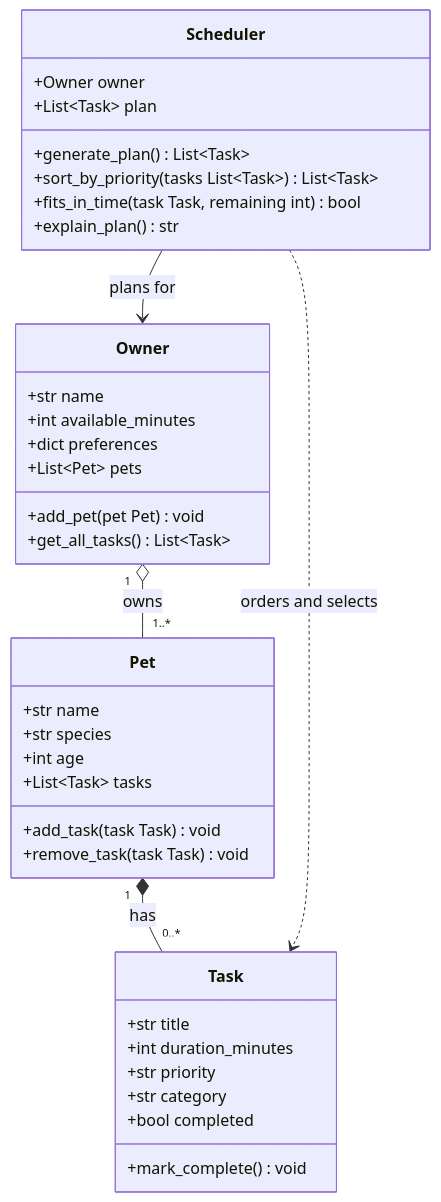
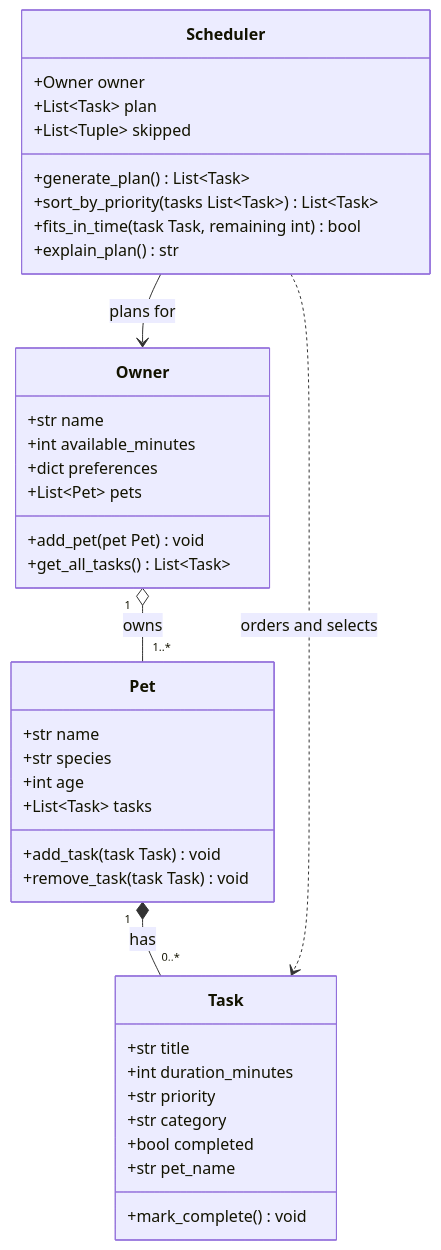
Before and after one commit to ThePurpleClub/ai110-module2show-pawpal-starter: the diagram in diagrams/uml.mmd, drawn with Mermaid. The commit also changed 1 other file, not shown here.

Commit message:
Refine skeleton: priority ranking, task-to-pet link, skipped tasks
- Add PRIORITY_RANK so sorting isn't alphabetical
- Add Task.pet_name so plans know which pet a task is for
- Track skipped tasks with reasons on Scheduler
- Validate duration and priority in Task.__post_init__
- Update UML to match

```diff
--- a/diagrams/uml.mmd
+++ b/diagrams/uml.mmd
@@ -1,41 +1,43 @@
 classDiagram
     class Owner {
         +str name
         +int available_minutes
         +dict preferences
         +List~Pet~ pets
         +add_pet(pet Pet) void
         +get_all_tasks() List~Task~
     }
 
     class Pet {
         +str name
         +str species
         +int age
         +List~Task~ tasks
         +add_task(task Task) void
         +remove_task(task Task) void
     }
 
     class Task {
         +str title
         +int duration_minutes
         +str priority
         +str category
         +bool completed
+        +str pet_name
         +mark_complete() void
     }
 
     class Scheduler {
         +Owner owner
         +List~Task~ plan
+        +List~Tuple~ skipped
         +generate_plan() List~Task~
         +sort_by_priority(tasks List~Task~) List~Task~
         +fits_in_time(task Task, remaining int) bool
         +explain_plan() str
     }
 
     Owner "1" o-- "1..*" Pet : owns
     Pet "1" *-- "0..*" Task : has
     Scheduler --> Owner : plans for
     Scheduler ..> Task : orders and selects
```
